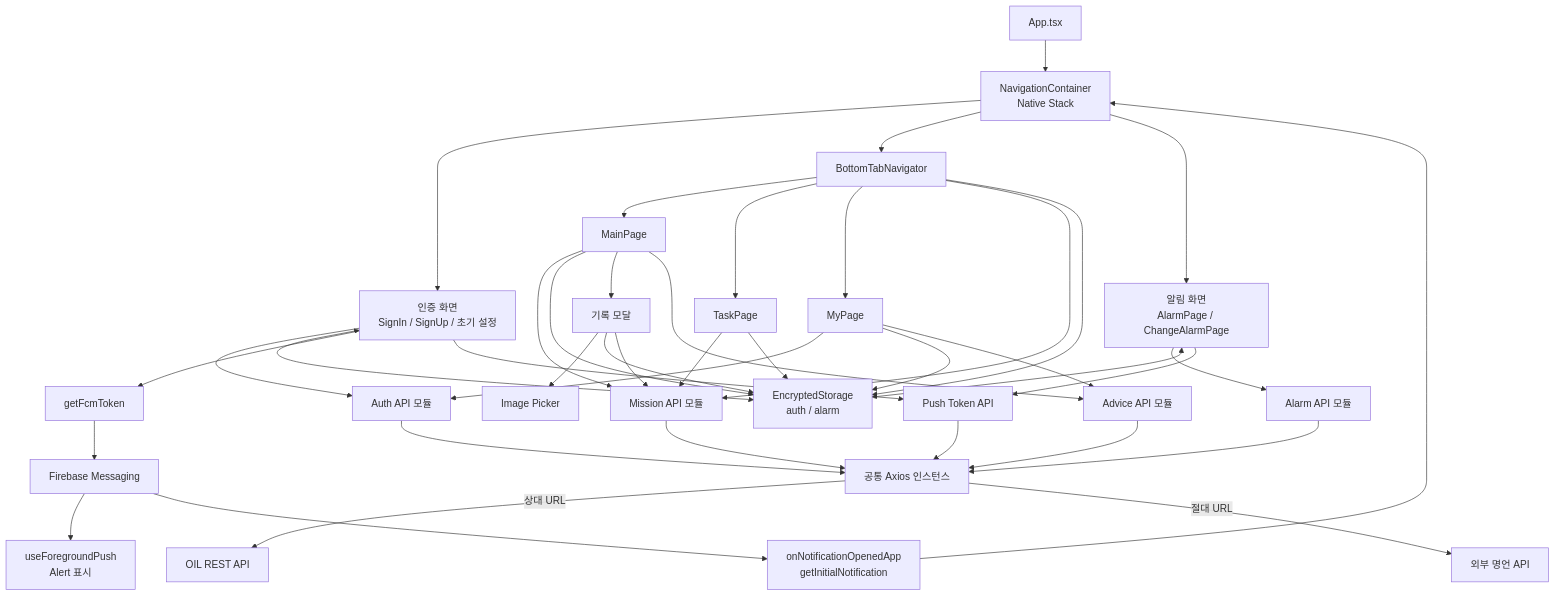
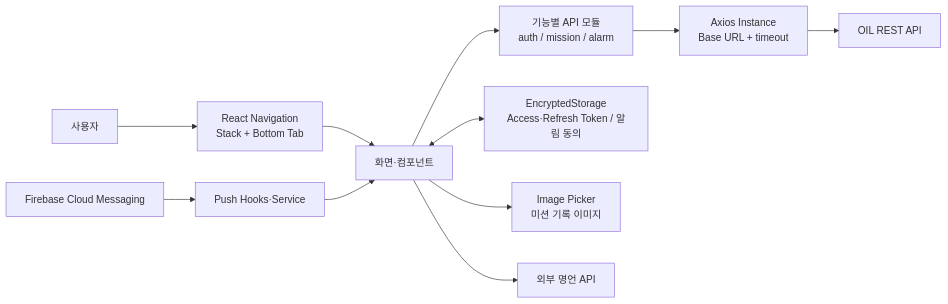
Before and after one commit to team-OIL/OIL-RN: the diagram in README.md, drawn with Mermaid. The commit also changed other lines of this file, not shown here.

Commit message:
docs: 아키텍처 다이어그램 단순화

````diff
--- a/README.md
+++ b/README.md
@@ -78,47 +80,16 @@
 ```mermaid
-flowchart TB
-    APP["App.tsx"] --> STACK["NavigationContainer<br/>Native Stack"]
-    STACK --> AUTH["인증 화면<br/>SignIn / SignUp / 초기 설정"]
-    STACK --> TABS["BottomTabNavigator"]
-    STACK --> SETTINGS["알림 화면<br/>AlarmPage / ChangeAlarmPage"]
-    TABS --> MAIN["MainPage"]
-    TABS --> TASK["TaskPage"]
-    TABS --> MY["MyPage"]
+flowchart LR
+    U["사용자"] --> N["React Navigation<br/>Stack + Bottom Tab"]
+    N --> P["화면·컴포넌트"]
 
-    AUTH --> AUTH_API["Auth API 모듈"]
-    TABS --> MISSION_API["Mission API 모듈"]
-    MAIN --> MISSION_API
-    TASK --> MISSION_API
-    MY --> AUTH_API
-    SETTINGS --> ALARM_API["Alarm API 모듈"]
-    AUTH_API --> AXIOS["공통 Axios 인스턴스"]
-    MISSION_API --> AXIOS
-    ALARM_API --> AXIOS
-    AXIOS -->|"상대 URL"| BACKEND["OIL REST API"]
+    P --> A["기능별 API 모듈<br/>auth / mission / alarm"]
+    A --> X["Axios Instance<br/>Base URL + timeout"]
+    X --> B["OIL REST API"]
 
-    AUTH <--> STORAGE["EncryptedStorage<br/>auth / alarm"]
-    TABS --> STORAGE
-    MAIN --> STORAGE
-    TASK --> STORAGE
-    MY --> STORAGE
-    SETTINGS <--> STORAGE
+    P <--> S["EncryptedStorage<br/>Access·Refresh Token / 알림 동의"]
+    P --> I["Image Picker<br/>미션 기록 이미지"]
 
-    MAIN --> RECORD["기록 모달"]
-    RECORD --> PICKER["Image Picker"]
-    RECORD --> STORAGE
-    RECORD --> MISSION_API
-
-    MAIN --> ADVICE_API["Advice API 모듈"]
-    MY --> ADVICE_API
-    ADVICE_API --> AXIOS
-    AXIOS -->|"절대 URL"| ADVICE["외부 명언 API"]
-
-    AUTH --> PUSH_SERVICE["getFcmToken"]
-    PUSH_SERVICE --> FCM["Firebase Messaging"]
-    AUTH --> TOKEN_API["Push Token API"]
-    SETTINGS --> TOKEN_API
-    TOKEN_API --> AXIOS
-    FCM --> FOREGROUND["useForegroundPush<br/>Alert 표시"]
-    FCM --> OPENED["onNotificationOpenedApp<br/>getInitialNotification"]
-    OPENED --> STACK
+    F["Firebase Cloud Messaging"] --> H["Push Hooks·Service"]
+    H --> P
+    P --> E["외부 명언 API"]
 ```
````
